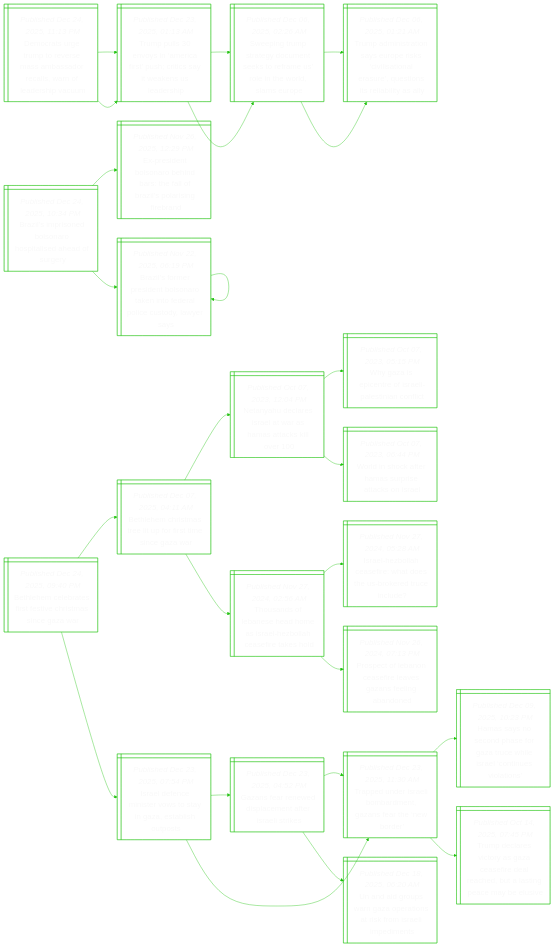
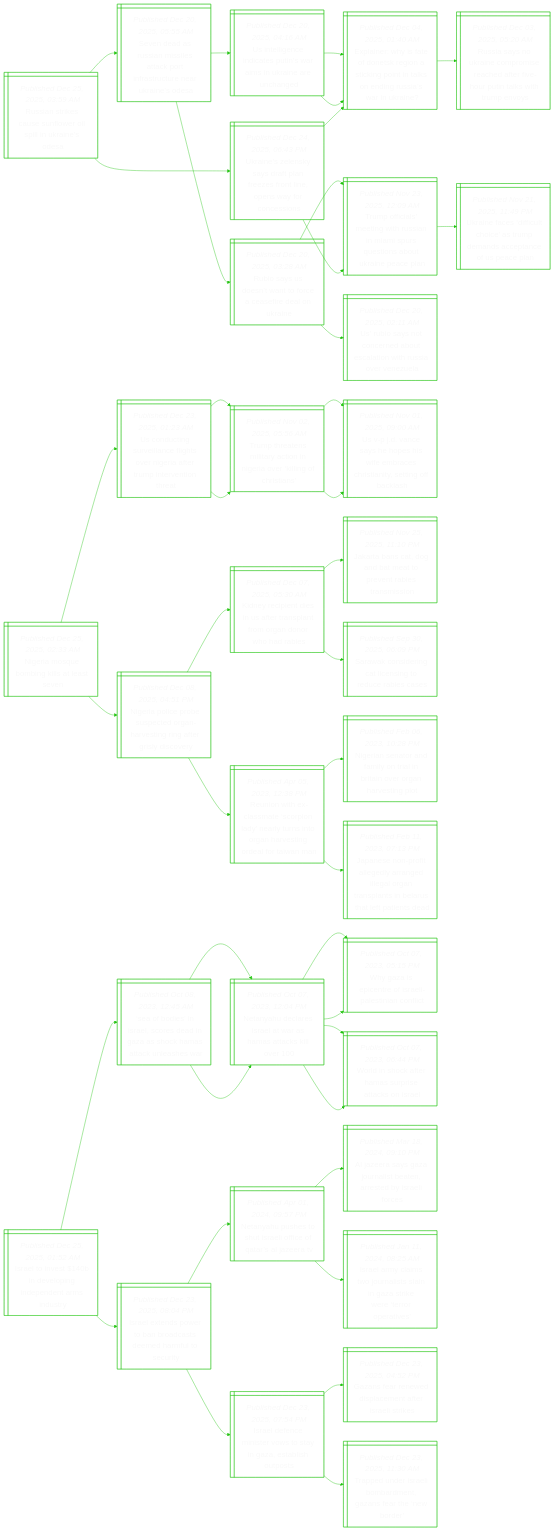
The diagram in README.md (notJmes/notJmes), drawn with Mermaid before and after one commit. The commit also changed other lines of this file, not shown here.

````diff
--- a/README.md
+++ b/README.md
@@ -16,88 +16,130 @@
 flowchart LR
 classDef txtsize font-size:20px;
 
-Drrursssrlresa@{ shape: win-pane, label: "_Published Dec 24, 2025, 11:13 PM_
-Democrats urge trump to reverse mass ambassador recalls, warn of leadership vacuum" }
-TpeseFprstelr@{ shape: win-pane, label: "_Published Dec 23, 2025, 01:13 AM_
-Trump pulls 30 envoys in ‘america first’ push; critics say it weakens us leadership" }
-Siurymeoarnolu@{ shape: win-pane, label: "_Published Dec 06, 2025, 02:26 AM_
-Sweeping trump strategy document seeks to reframe us’ role in the world, slams europe" }
-Taitariisnaqitiia@{ shape: win-pane, label: "_Published Dec 06, 2025, 01:21 AM_
-Trump administration says europe risks ‘civilisational erasure’, questions its reliability as ally" }
-TpeseFprstelr@{ shape: win-pane, label: "_Published Dec 23, 2025, 01:13 AM_
-Trump pulls 30 envoys in ‘america first’ push; critics say it weakens us leadership" }
-Siurymeoarnolu@{ shape: win-pane, label: "_Published Dec 06, 2025, 02:26 AM_
-Sweeping trump strategy document seeks to reframe us’ role in the world, slams europe" }
-Taitariisnaqitiia@{ shape: win-pane, label: "_Published Dec 06, 2025, 01:21 AM_
-Trump administration says europe risks ‘civilisational erasure’, questions its reliability as ally" }
+Raiauwllrsa@{ shape: win-pane, label: "_Published Dec 25, 2025, 03:59 AM_
+Russian strikes cause sunflower oil spill in ukraine’s odesa" }
+Sdsissctacnkes@{ shape: win-pane, label: "_Published Dec 20, 2025, 05:55 AM_
+Seven dead as russian missiles attack port infrastructure near ukraine’s odesa" }
+Ueenttasrace@{ shape: win-pane, label: "_Published Dec 20, 2025, 04:16 AM_
+Us intelligence indicates putin’s war aims in ukraine are unchanged" }
+EihaDsitnnannsake@{ shape: win-pane, label: "_Published Dec 04, 2025, 01:40 AM_
+Explainer: why is fate of donetsk region a sticking point in talks on ending russia’s war in ukraine?" }
+EihaDsitnnannsake@{ shape: win-pane, label: "_Published Dec 04, 2025, 01:40 AM_
+Explainer: why is fate of donetsk region a sticking point in talks on ending russia’s war in ukraine?" }
+RsSntreiake@{ shape: win-pane, label: "_Published Dec 20, 2025, 03:28 AM_
+Rubio says us doesn’t want to force a ceasefire deal on ukraine" }
+ToiegRaipuoorpp@{ shape: win-pane, label: "_Published Nov 23, 2025, 12:09 AM_
+Trump officials’ meeting with russian in miami spurs questions about ukraine peace plan" }
+Uisonocitseea@{ shape: win-pane, label: "_Published Dec 20, 2025, 02:11 AM_
+Us’ rubio says not concerned about escalation with russia over venezuela" }
+Unlydprstowren@{ shape: win-pane, label: "_Published Dec 24, 2025, 06:43 PM_
+Ukraine’s zelensky says draft plan freezes front line, opens way for concessions" }
+ToiegRaipuoorpp@{ shape: win-pane, label: "_Published Nov 23, 2025, 12:09 AM_
+Trump officials’ meeting with russian in miami spurs questions about ukraine peace plan" }
+Uneftcrespepp@{ shape: win-pane, label: "_Published Nov 21, 2025, 11:49 PM_
+Ukraine faces ‘difficult choice’ as trump demands acceptance of us peace plan" }
+EihaDsitnnannsake@{ shape: win-pane, label: "_Published Dec 04, 2025, 01:40 AM_
+Explainer: why is fate of donetsk region a sticking point in talks on ending russia’s war in ukraine?" }
+Ranaomedrhuaiuv@{ shape: win-pane, label: "_Published Dec 03, 2025, 05:20 AM_
+Russia says no ukraine compromise reached after five-hour putin talks with trump envoys" }
 
-Drrursssrlresa:::txtsize --> TpeseFprstelr:::txtsize
-TpeseFprstelr:::txtsize --> Siurymeoarnolu:::txtsize
-Siurymeoarnolu:::txtsize --> Taitariisnaqitiia:::txtsize
-Drrursssrlresa:::txtsize --> TpeseFprstelr:::txtsize
-TpeseFprstelr:::txtsize --> Siurymeoarnolu:::txtsize
-Siurymeoarnolu:::txtsize --> Taitariisnaqitiia:::txtsize
+Raiauwllrsa:::txtsize --> Sdsissctacnkes:::txtsize
+Sdsissctacnkes:::txtsize --> Ueenttasrace:::txtsize
+Ueenttasrace:::txtsize --> EihaDsitnnannsake:::txtsize
+Ueenttasrace:::txtsize --> EihaDsitnnannsake:::txtsize
+Sdsissctacnkes:::txtsize --> RsSntreiake:::txtsize
+RsSntreiake:::txtsize --> ToiegRaipuoorpp:::txtsize
+RsSntreiake:::txtsize --> Uisonocitseea:::txtsize
+Raiauwllrsa:::txtsize --> Unlydprstowren:::txtsize
+Unlydprstowren:::txtsize --> ToiegRaipuoorpp:::txtsize
+ToiegRaipuoorpp:::txtsize --> Uneftcrespepp:::txtsize
+Unlydprstowren:::txtsize --> EihaDsitnnannsake:::txtsize
+EihaDsitnnannsake:::txtsize --> Ranaomedrhuaiuv:::txtsize
 
-Blresoisesr@{ shape: win-pane, label: "_Published Dec 24, 2025, 10:34 PM_
-Brazil’s imprisoned bolsonaro hospitalised ahead of surgery" }
-EstobdTlrsrgb@{ shape: win-pane, label: "_Published Nov 26, 2025, 12:29 PM_
-Ex-president bolsonaro behind bars: the fall of brazil’s polarising firebrand" }
-Blmensonfaislr@{ shape: win-pane, label: "_Published Nov 22, 2025, 06:19 PM_
-Brazil’s former president bolsonaro taken into federal police custody, lawyer says" }
-Blmensonfaislr@{ shape: win-pane, label: "_Published Nov 22, 2025, 06:19 PM_
-Brazil’s former president bolsonaro taken into federal police custody, lawyer says" }
-Blmensonfaislr@{ shape: win-pane, label: "_Published Nov 22, 2025, 06:19 PM_
-Brazil’s former president bolsonaro taken into federal police custody, lawyer says" }
+Niqmkase@{ shape: win-pane, label: "_Published Dec 25, 2025, 02:33 AM_
+Nigeria mosque bombing kills at least seven" }
+UdnvalsNiemeth@{ shape: win-pane, label: "_Published Dec 23, 2025, 01:23 AM_
+Us conducting surveillance flights over nigeria after trump intervention threat" }
+TttiriNiriCt@{ shape: win-pane, label: "_Published Nov 02, 2025, 05:56 AM_
+Trump threatens military action in nigeria over ‘killing of christians’" }
+UDehewmeinegas@{ shape: win-pane, label: "_Published Nov 01, 2025, 09:00 AM_
+Us v-p j.d. vance says he hopes his wife embraces christianity, setting off backlash" }
+TttiriNiriCt@{ shape: win-pane, label: "_Published Nov 02, 2025, 05:56 AM_
+Trump threatens military action in nigeria over ‘killing of christians’" }
+UDehewmeinegas@{ shape: win-pane, label: "_Published Nov 01, 2025, 09:00 AM_
+Us v-p j.d. vance says he hopes his wife embraces christianity, setting off backlash" }
+Niioseavngrlcy@{ shape: win-pane, label: "_Published Dec 08, 2025, 04:51 PM_
+Nigeria police probe suspected organ-harvesting ring after grisly discovery" }
+Kypdntaaoaohb@{ shape: win-pane, label: "_Published Dec 07, 2025, 05:30 AM_
+Kidney recipient dies in us after transplant from organ donor who had rabies" }
+Jtsobartens@{ shape: win-pane, label: "_Published Nov 25, 2025, 11:10 PM_
+Jakarta bans cat, dog and bat meat to prevent rabies transmission" }
+Sasitntuba@{ shape: win-pane, label: "_Published Sep 30, 2025, 06:09 PM_
+Sarawak considering cat licensing to reduce rabies cases" }
+RohatrLetiratrfia@{ shape: win-pane, label: "_Published Apr 05, 2023, 12:38 PM_
+Reunion with ex-classmate ‘scorpion lady’ nearly turns into organ harvesting ordeal for taiwan man" }
+Ninamnlioratl@{ shape: win-pane, label: "_Published Feb 06, 2023, 10:28 PM_
+Nigerian senator and family on trial in britain over organ harvesting plot" }
+Jenieynllnsteslatd@{ shape: win-pane, label: "_Published Feb 11, 2023, 07:13 PM_
+Japanese non-profit allegedly arranged illegal organ transplants in belarus that left patients dead" }
 
-Blresoisesr:::txtsize --> EstobdTlrsrgb:::txtsize
-Blresoisesr:::txtsize --> Blmensonfaislr:::txtsize
-Blmensonfaislr:::txtsize --> Blmensonfaislr:::txtsize
-Blmensonfaislr:::txtsize --> Blmensonfaislr:::txtsize
+Niqmkase:::txtsize --> UdnvalsNiemeth:::txtsize
+UdnvalsNiemeth:::txtsize --> TttiriNiriCt:::txtsize
+TttiriNiriCt:::txtsize --> UDehewmeinegas:::txtsize
+UdnvalsNiemeth:::txtsize --> TttiriNiriCt:::txtsize
+TttiriNiriCt:::txtsize --> UDehewmeinegas:::txtsize
+Niqmkase:::txtsize --> Niioseavngrlcy:::txtsize
+Niioseavngrlcy:::txtsize --> Kypdntaaoaohb:::txtsize
+Kypdntaaoaohb:::txtsize --> Jtsobartens:::txtsize
+Kypdntaaoaohb:::txtsize --> Sasitntuba:::txtsize
+Niioseavngrlcy:::txtsize --> RohatrLetiratrfia:::txtsize
+RohatrLetiratrfia:::txtsize --> Ninamnlioratl:::txtsize
+RohatrLetiratrfia:::txtsize --> Jenieynllnsteslatd:::txtsize
 
-BeeaieessGa@{ shape: win-pane, label: "_Published Dec 24, 2025, 09:40 PM_
-Bethlehem celebrates first festive christmas since gaza war" }
-Behmeuftiar@{ shape: win-pane, label: "_Published Dec 07, 2025, 04:11 AM_
-Bethlehem christmas tree lit up for first time since gaza war" }
+Ilvieneemu@{ shape: win-pane, label: "_Published Dec 25, 2025, 01:52 AM_
+Israel to invest $140b in developing independent arms industry" }
+Sbsrcdnacaale@{ shape: win-pane, label: "_Published Oct 08, 2023, 12:45 AM_
+‘sea of bodies’ in israel, scores dead in gaza as shock hamas attack unleashes war" }
 NyeeawHakl@{ shape: win-pane, label: "_Published Oct 07, 2023, 12:04 PM_
 Netanyahu declares israel at war as hamas attacks kill over 100" }
 WzptIleint@{ shape: win-pane, label: "_Published Oct 07, 2023, 05:15 PM_
 Why gaza is epicentre of israeli-palestinian conflict" }
 Wiceapaks@{ shape: win-pane, label: "_Published Oct 07, 2023, 06:44 PM_
 World in shock after hamas surprise attacks on israel" }
-TafnemsHleikl@{ shape: win-pane, label: "_Published Nov 27, 2024, 02:56 AM_
-Thousands of lebanese head home as israel-hezbollah ceasefire takes hold" }
-IlocfheUktid@{ shape: win-pane, label: "_Published Nov 27, 2024, 05:28 AM_
-Israel-hezbollah ceasefire: what does the us-brokered truce include?" }
-PeLoseeaeao@{ shape: win-pane, label: "_Published Nov 26, 2024, 07:13 PM_
-Prospect of lebanon ceasefire leaves gazans feeling abandoned" }
+NyeeawHakl@{ shape: win-pane, label: "_Published Oct 07, 2023, 12:04 PM_
+Netanyahu declares israel at war as hamas attacks kill over 100" }
+WzptIleint@{ shape: win-pane, label: "_Published Oct 07, 2023, 05:15 PM_
+Why gaza is epicentre of israeli-palestinian conflict" }
+Wiceapaks@{ shape: win-pane, label: "_Published Oct 07, 2023, 06:44 PM_
+World in shock after hamas surprise attacks on israel" }
+Ilnwbosealcy@{ shape: win-pane, label: "_Published Dec 23, 2025, 08:04 PM_
+Israel extends power to ban broadcasts deemed harmful to security" }
+Nyutteffraa@{ shape: win-pane, label: "_Published Apr 01, 2024, 09:57 PM_
+Netanyahu pushes to shut israeli office of qatar’s al jazeera tv" }
+Aeazrstrdrfs@{ shape: win-pane, label: "_Published Mar 18, 2024, 09:10 PM_
+Al jazeera says gaza journalist beaten, arrested by israeli forces" }
+Ilcsolsiakeore@{ shape: win-pane, label: "_Published Jan 11, 2024, 08:25 AM_
+Israel army claims two journalists slain in gaza strike were ‘terror operatives’" }
 Ilnnrtyzaho@{ shape: win-pane, label: "_Published Dec 23, 2025, 07:54 PM_
 Israel defence minister vows to stay in gaza, establish outposts" }
 Gsrepmfsik@{ shape: win-pane, label: "_Published Dec 23, 2025, 04:52 PM_
 Gazans fear renewed displacement after israeli strikes" }
 TeeaodGstwe@{ shape: win-pane, label: "_Published Dec 23, 2025, 11:30 AM_
 Trapped under israeli bombardment, gazans fear the ‘new border’" }
-Uaoazrnioamm@{ shape: win-pane, label: "_Published Dec 18, 2025, 06:20 AM_
-Un and aid groups warn gaza operations at risk from israeli impediments" }
-TeeaodGstwe@{ shape: win-pane, label: "_Published Dec 23, 2025, 11:30 AM_
-Trapped under israeli bombardment, gazans fear the ‘new border’" }
-HsonsGrhscnii@{ shape: win-pane, label: "_Published Dec 09, 2025, 10:23 PM_
-Hamas says no second phase for gaza truce while israel ‘continues violations’" }
-Tdrcaaededlncbs@{ shape: win-pane, label: "_Published Oct 14, 2025, 07:45 PM_
-Trump declares victory as gaza ceasefire deal reached, but a lasting peace may be elusive" }
 
-BeeaieessGa:::txtsize --> Behmeuftiar:::txtsize
-Behmeuftiar:::txtsize --> NyeeawHakl:::txtsize
+Ilvieneemu:::txtsize --> Sbsrcdnacaale:::txtsize
+Sbsrcdnacaale:::txtsize --> NyeeawHakl:::txtsize
 NyeeawHakl:::txtsize --> WzptIleint:::txtsize
 NyeeawHakl:::txtsize --> Wiceapaks:::txtsize
-Behmeuftiar:::txtsize --> TafnemsHleikl:::txtsize
-TafnemsHleikl:::txtsize --> IlocfheUktid:::txtsize
-TafnemsHleikl:::txtsize --> PeLoseeaeao:::txtsize
-BeeaieessGa:::txtsize --> Ilnnrtyzaho:::txtsize
+Sbsrcdnacaale:::txtsize --> NyeeawHakl:::txtsize
+NyeeawHakl:::txtsize --> WzptIleint:::txtsize
+NyeeawHakl:::txtsize --> Wiceapaks:::txtsize
+Ilvieneemu:::txtsize --> Ilnwbosealcy:::txtsize
+Ilnwbosealcy:::txtsize --> Nyutteffraa:::txtsize
+Nyutteffraa:::txtsize --> Aeazrstrdrfs:::txtsize
+Nyutteffraa:::txtsize --> Ilcsolsiakeore:::txtsize
+Ilnwbosealcy:::txtsize --> Ilnnrtyzaho:::txtsize
 Ilnnrtyzaho:::txtsize --> Gsrepmfsik:::txtsize
-Gsrepmfsik:::txtsize --> TeeaodGstwe:::txtsize
-Gsrepmfsik:::txtsize --> Uaoazrnioamm:::txtsize
 Ilnnrtyzaho:::txtsize --> TeeaodGstwe:::txtsize
-TeeaodGstwe:::txtsize --> HsonsGrhscnii:::txtsize
-TeeaodGstwe:::txtsize --> Tdrcaaededlncbs:::txtsize
 
 ```
````
